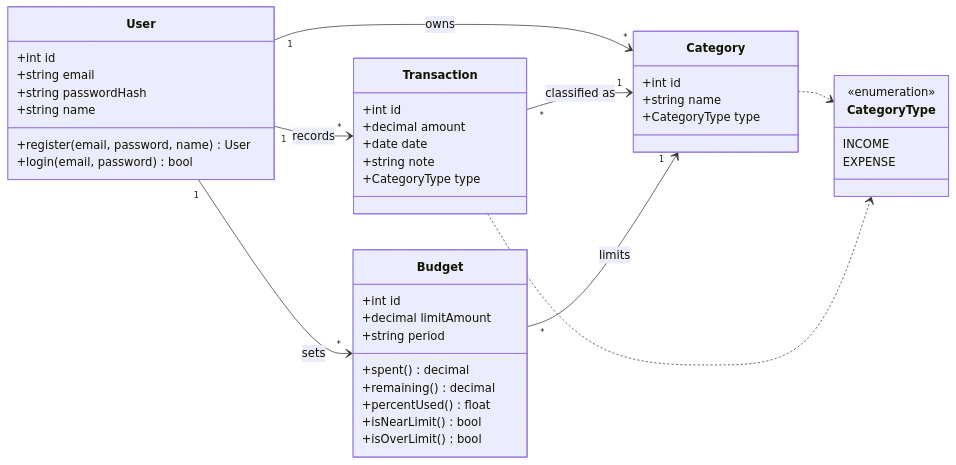
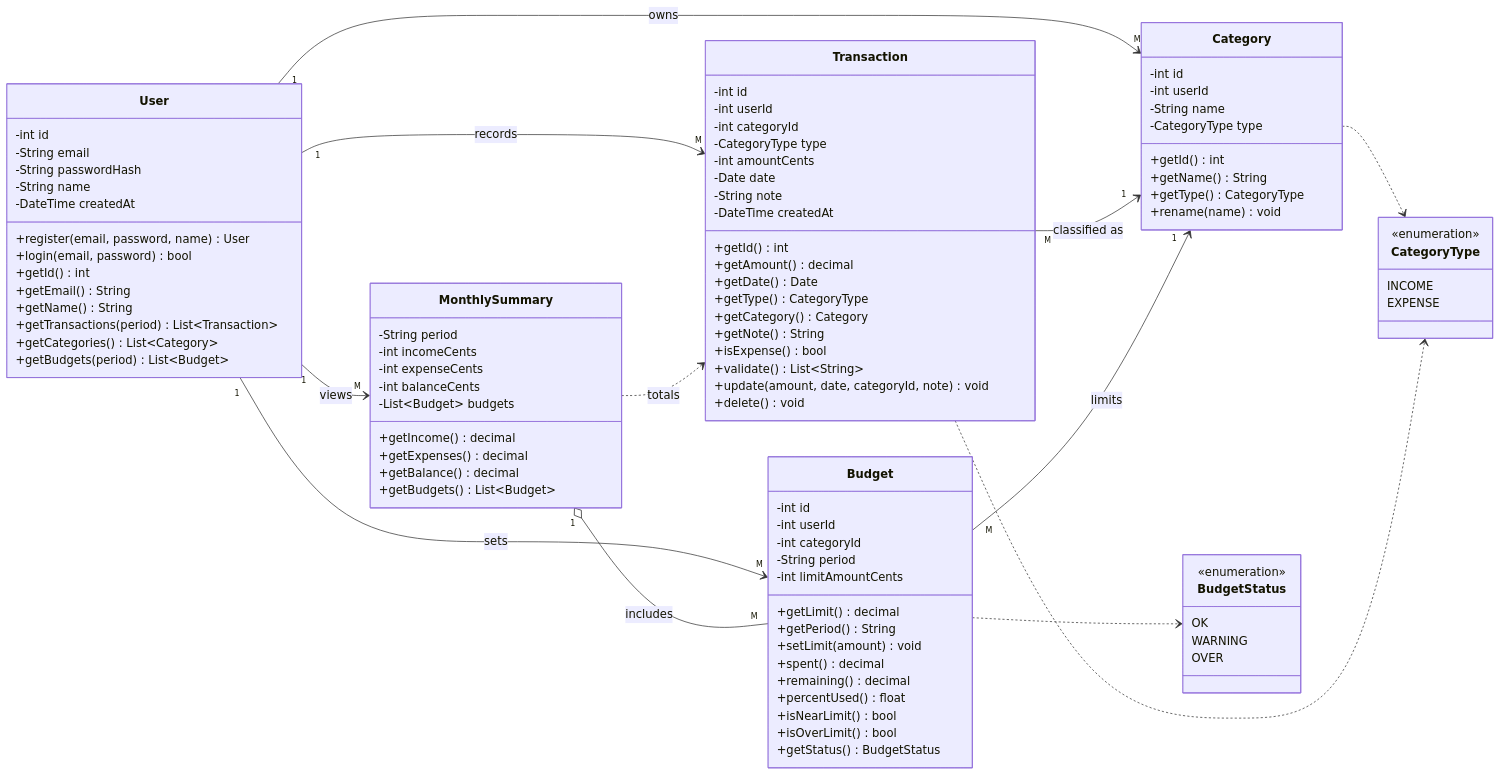
One commit to shreev2703/finance-budget-tracker changed the diagram in docs/diagram-sources/te3/class-diagram.md. Above: the diagram before and after it, drawn with Mermaid. The commit also changed 5 other files, not shown here.

First line of the commit message:
docs(te3): make the UML class diagram encapsulated and match the app

````diff
--- a/docs/diagram-sources/te3/class-diagram.md
+++ b/docs/diagram-sources/te3/class-diagram.md
@@ -13,37 +13,80 @@
   direction LR
 
   class User {
-    +int id
-    +string email
-    +string passwordHash
-    +string name
+    -int id
+    -String email
+    -String passwordHash
+    -String name
+    -DateTime createdAt
     +register(email, password, name) User
     +login(email, password) bool
+    +getId() int
+    +getEmail() String
+    +getName() String
+    +getTransactions(period) List~Transaction~
+    +getCategories() List~Category~
+    +getBudgets(period) List~Budget~
   }
 
   class Category {
-    +int id
-    +string name
-    +CategoryType type
+    -int id
+    -int userId
+    -String name
+    -CategoryType type
+    +getId() int
+    +getName() String
+    +getType() CategoryType
+    +rename(name) void
   }
 
   class Transaction {
-    +int id
-    +decimal amount
-    +date date
-    +string note
-    +CategoryType type
+    -int id
+    -int userId
+    -int categoryId
+    -CategoryType type
+    -int amountCents
+    -Date date
+    -String note
+    -DateTime createdAt
+    +getId() int
+    +getAmount() decimal
+    +getDate() Date
+    +getType() CategoryType
+    +getCategory() Category
+    +getNote() String
+    +isExpense() bool
+    +validate() List~String~
+    +update(amount, date, categoryId, note) void
+    +delete() void
   }
 
   class Budget {
-    +int id
-    +decimal limitAmount
-    +string period
+    -int id
+    -int userId
+    -int categoryId
+    -String period
+    -int limitAmountCents
+    +getLimit() decimal
+    +getPeriod() String
+    +setLimit(amount) void
     +spent() decimal
     +remaining() decimal
     +percentUsed() float
     +isNearLimit() bool
     +isOverLimit() bool
+    +getStatus() BudgetStatus
+  }
+
+  class MonthlySummary {
+    -String period
+    -int incomeCents
+    -int expenseCents
+    -int balanceCents
+    -List~Budget~ budgets
+    +getIncome() decimal
+    +getExpenses() decimal
+    +getBalance() decimal
+    +getBudgets() List~Budget~
   }
 
   class CategoryType {
@@ -52,11 +95,22 @@
     EXPENSE
   }
 
-  User "1" --> "*" Transaction : records
-  User "1" --> "*" Budget : sets
-  User "1" --> "*" Category : owns
-  Transaction "*" --> "1" Category : classified as
-  Budget "*" --> "1" Category : limits
+  class BudgetStatus {
+    <<enumeration>>
+    OK
+    WARNING
+    OVER
+  }
+
+  User "1" --> "M" Transaction : records
+  User "1" --> "M" Category : owns
+  User "1" --> "M" Budget : sets
+  User "1" --> "M" MonthlySummary : views
+  Transaction "M" --> "1" Category : classified as
+  Budget "M" --> "1" Category : limits
+  MonthlySummary "1" o-- "M" Budget : includes
+  MonthlySummary ..> Transaction : totals
   Category ..> CategoryType
   Transaction ..> CategoryType
+  Budget ..> BudgetStatus
 ```
````
